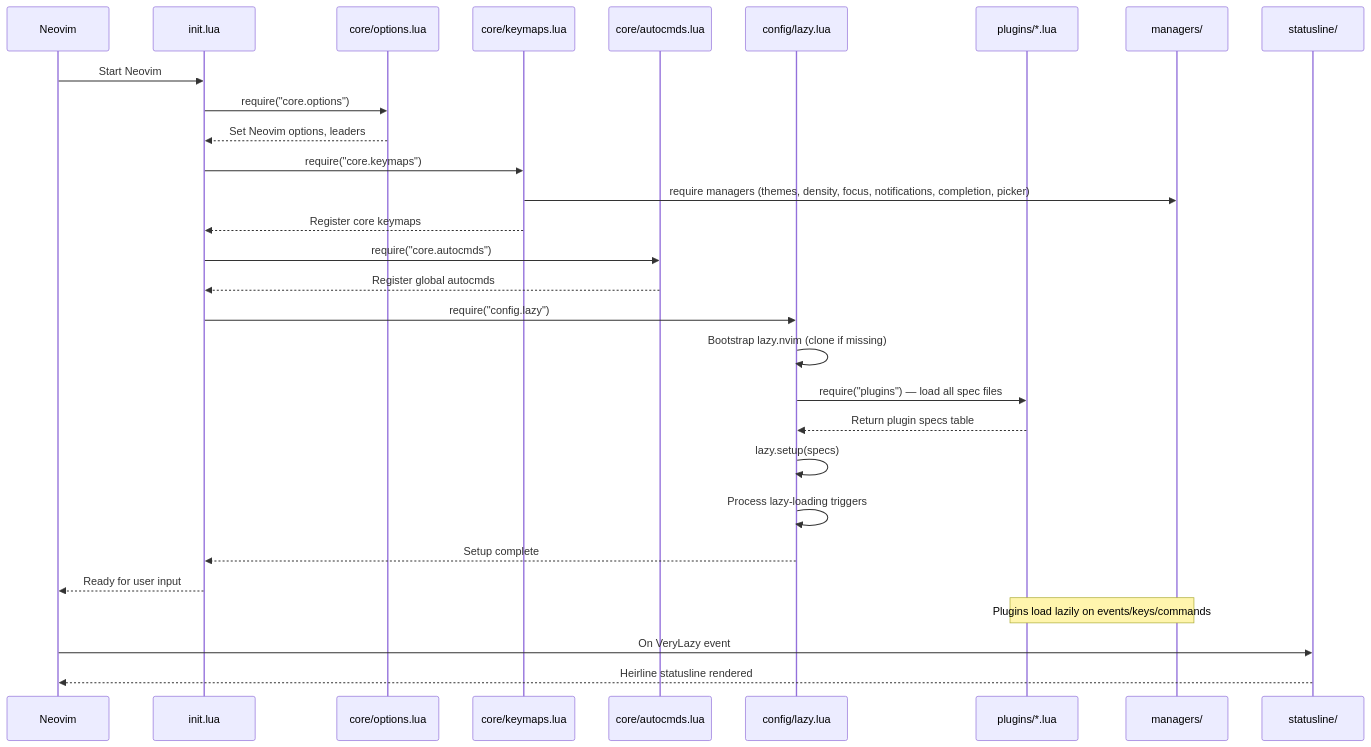
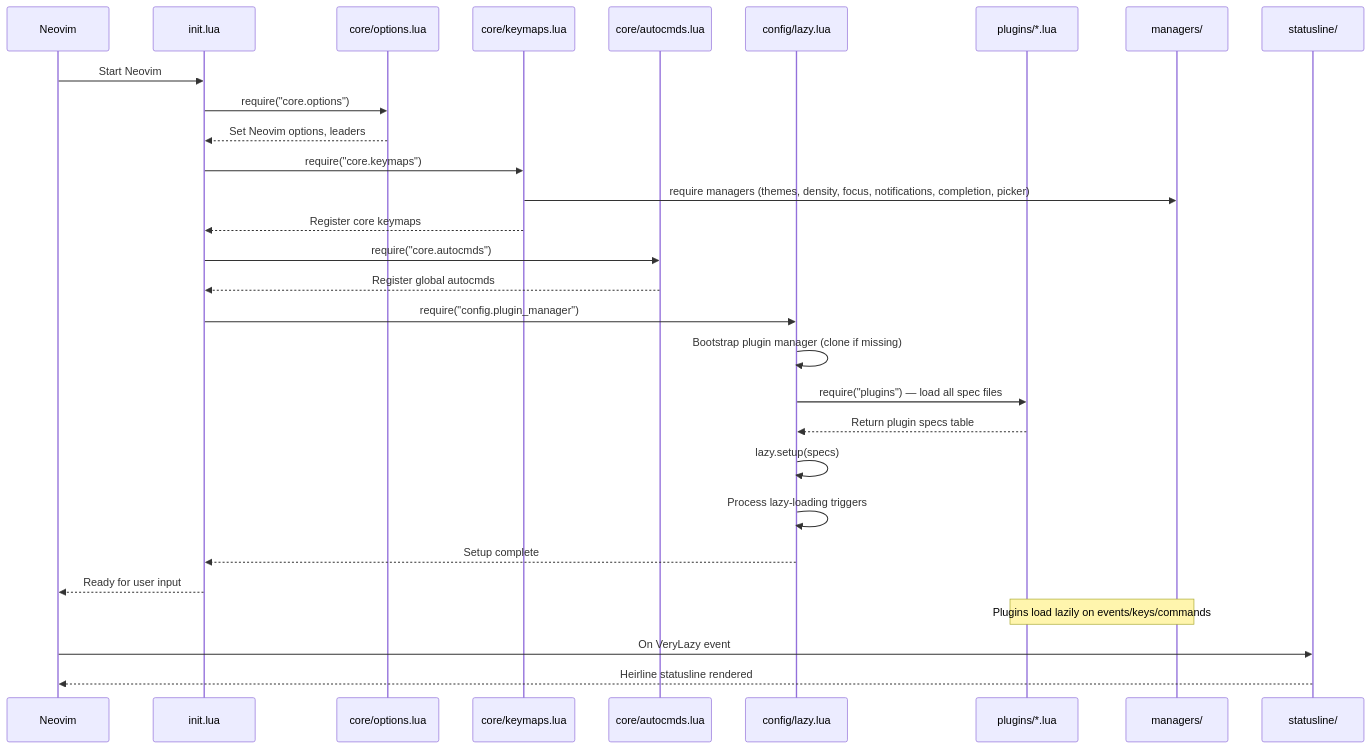
One commit to krishna-thedeveloper/IDE-runtime-framework changed the diagram in docs/architecture/startup-flow.md. Above: the diagram before and after it, drawn with Mermaid. The commit also changed other lines of this file and 4 other files, not shown here.

First line of the commit message:
rename config/lazy.lua -> config/plugin_manager.lua

````diff
--- a/docs/architecture/startup-flow.md
+++ b/docs/architecture/startup-flow.md
@@ -5,34 +5,34 @@
 ```mermaid
 sequenceDiagram
     participant N as Neovim
     participant I as init.lua
     participant O as core/options.lua
     participant K as core/keymaps.lua
     participant A as core/autocmds.lua
     participant L as config/lazy.lua
     participant P as plugins/*.lua
     participant M as managers/
     participant S as statusline/
 
     N->>I: Start Neovim
     I->>O: require("core.options")
     O-->>I: Set Neovim options, leaders
     I->>K: require("core.keymaps")
     K->>M: require managers (themes, density, focus, notifications, completion, picker)
     K-->>I: Register core keymaps
     I->>A: require("core.autocmds")
     A-->>I: Register global autocmds
-    I->>L: require("config.lazy")
-    L->>L: Bootstrap lazy.nvim (clone if missing)
+    I->>L: require("config.plugin_manager")
+    L->>L: Bootstrap plugin manager (clone if missing)
     L->>P: require("plugins") — load all spec files
     P-->>L: Return plugin specs table
     L->>L: lazy.setup(specs)
     L->>L: Process lazy-loading triggers
     L-->>I: Setup complete
     I-->>N: Ready for user input
 
     Note over P,M: Plugins load lazily on events/keys/commands
 
     N->>S: On VeryLazy event
     S-->>N: Heirline statusline rendered
 ```
````
